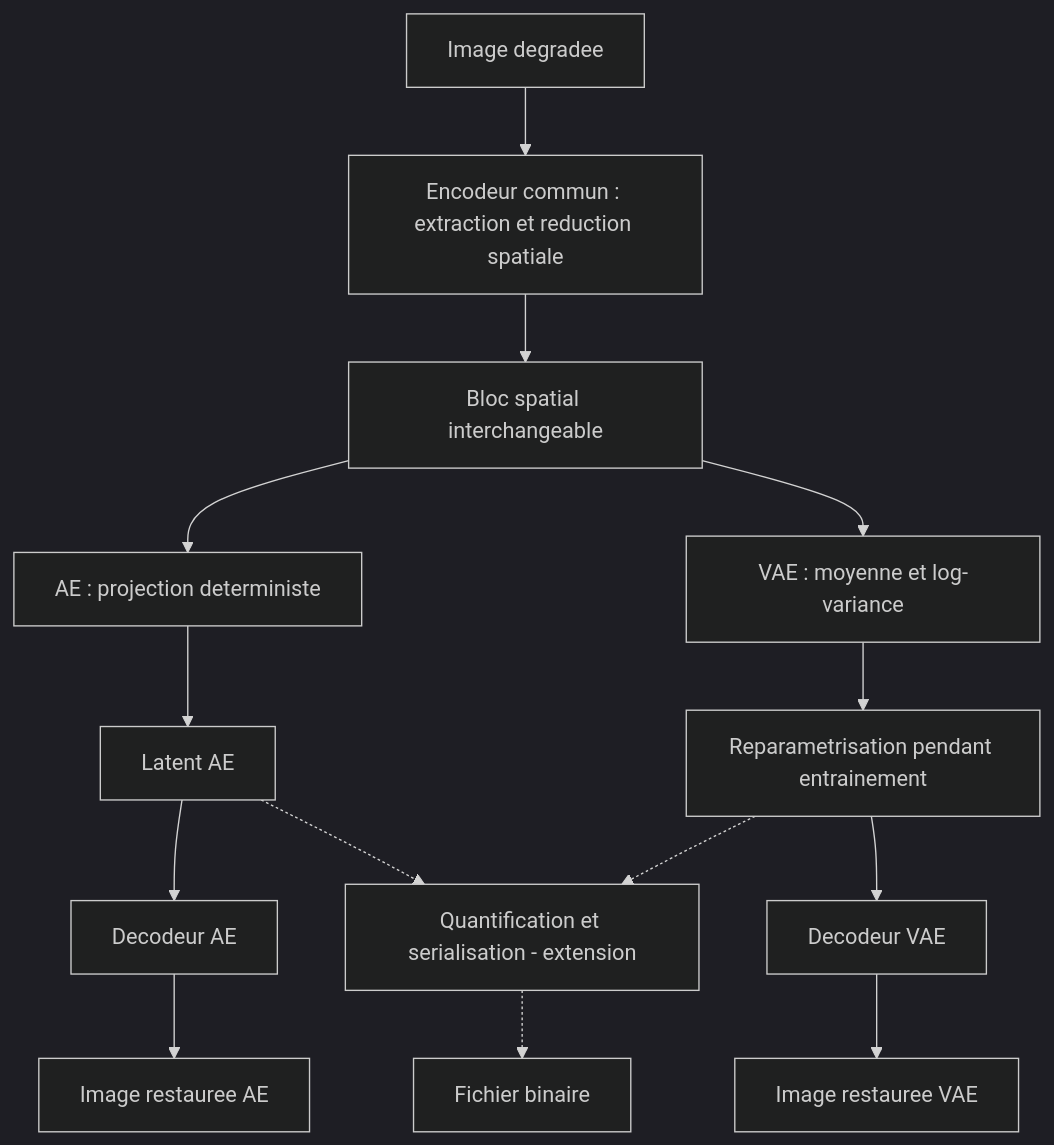
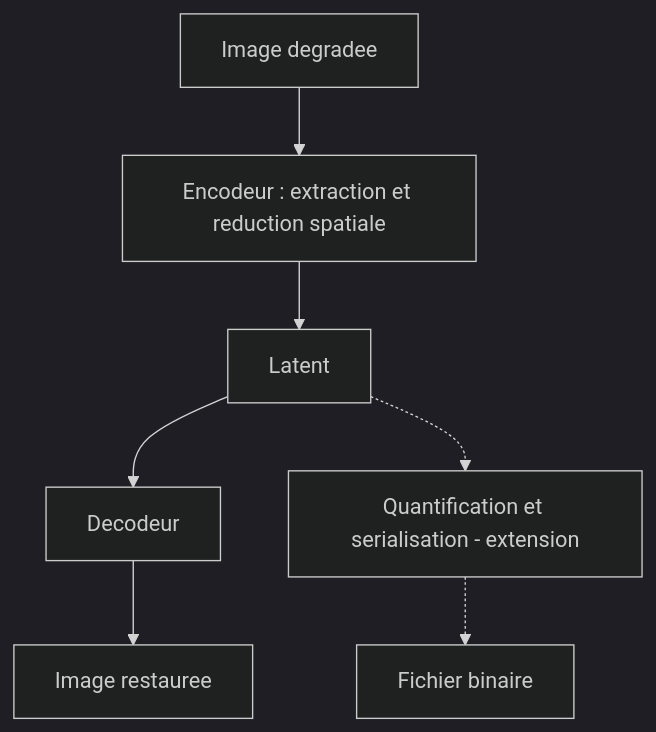
One commit to smartdoc-project/smartdoc changed the first of 2 diagrams in README.md. Above: the diagram before and after it, drawn with Mermaid (dark theme). The commit also changed other lines of this file, not shown here.

````diff
--- a/README.md
+++ b/README.md
@@ -44,16 +41,9 @@
 ```mermaid
 flowchart TD
-    X[Image degradee] --> E[Encodeur commun : extraction et reduction spatiale]
-    E --> M[Bloc spatial interchangeable]
-    M --> AE[AE : projection deterministe]
-    M --> VAE[VAE : moyenne et log-variance]
-    VAE --> ZV[Reparametrisation pendant entrainement]
-    AE --> ZA[Latent AE]
-    ZA --> DA[Decodeur AE]
-    ZV --> DV[Decodeur VAE]
-    DA --> YA[Image restauree AE]
-    DV --> YV[Image restauree VAE]
-    ZA -.-> Q[Quantification et serialisation - extension]
-    ZV -.-> Q
+    X[Image degradee] --> E[Encodeur : extraction et reduction spatiale]
+    E --> Z[Latent]
+    Z --> D[Decodeur]
+    D --> Y[Image restauree]
+    Z -.-> Q[Quantification et serialisation - extension]
     Q -.-> F[Fichier binaire]
 ```
````
